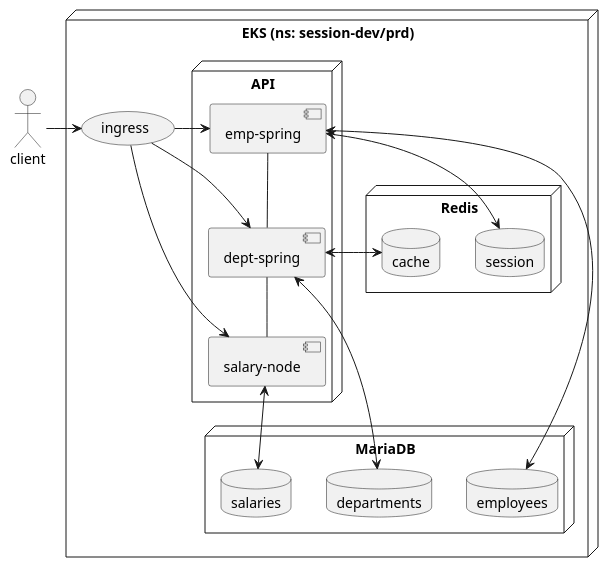
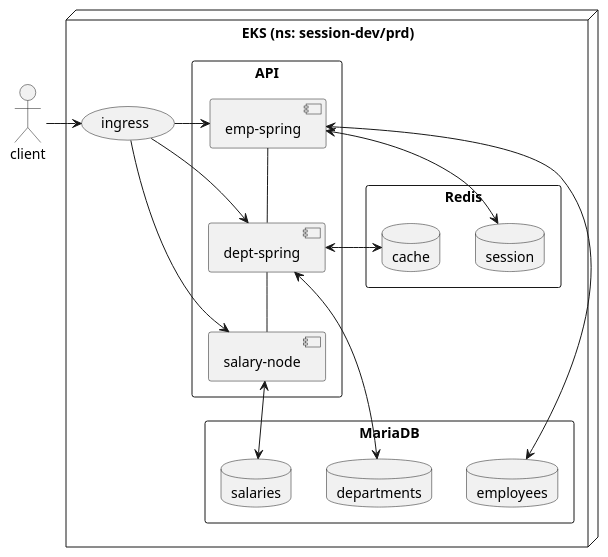
One commit to kloudbank/htdp1.github.io changed the diagram in docs/src/sp1/arch.md. Above: the diagram before and after it, drawn with PlantUML. The commit also changed 2 other files, not shown here.

Commit message:
add dept-spring dev.

```diff
--- a/docs/src/sp1/arch.md
+++ b/docs/src/sp1/arch.md
@@ -3,31 +3,31 @@
 @startuml
 "client"
 node "EKS (ns: session-dev/prd)" as eks {
   (ingress)
-  node "Redis" as redis {
+  rectangle "Redis" as redis {
     database "session"
     database "cache"
   }
-  node "MariaDB" as mariadb {
+  rectangle "MariaDB" as mariadb {
     database "salaries"
     database "departments"
     database "employees"
   }
-  node "API" as api {
+  rectangle "API" as api {
     [salary-node] as salary
     [dept-spring] as dept
     [emp-spring] as emp
   }
 }
 client -right-> ingress
 ingress -right-> emp
 ingress -right-> dept
 ingress -right-> salary
 emp <--> employees
 dept <--> departments
 salary <--> salaries
 emp <--> session
 cache <--> dept
 salary -up- dept
 dept -up- emp
 @enduml
```
